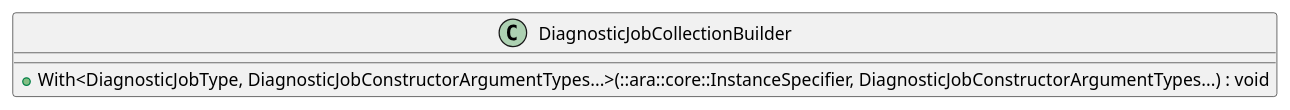
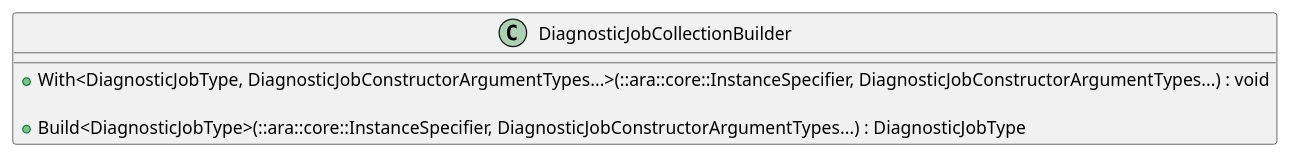
Before and after one commit to eclipse-score/tooling: the diagram in validation/core/integration_test/class_design_implementation/positive_method_template_pack_features/class_diagram.puml, drawn with PlantUML. The commit also changed 10 other files, not shown here.

```diff
--- a/validation/core/integration_test/class_design_implementation/positive_method_template_pack_features/class_diagram.puml
+++ b/validation/core/integration_test/class_design_implementation/positive_method_template_pack_features/class_diagram.puml
@@ -4,7 +4,9 @@
 @startuml
 
 class DiagnosticJobCollectionBuilder {
     + With<DiagnosticJobType, DiagnosticJobConstructorArgumentTypes...>(::ara::core::InstanceSpecifier, DiagnosticJobConstructorArgumentTypes...) : void
+
+    + Build<DiagnosticJobType>(::ara::core::InstanceSpecifier, DiagnosticJobConstructorArgumentTypes...) : DiagnosticJobType
 }
 
 @enduml
```
